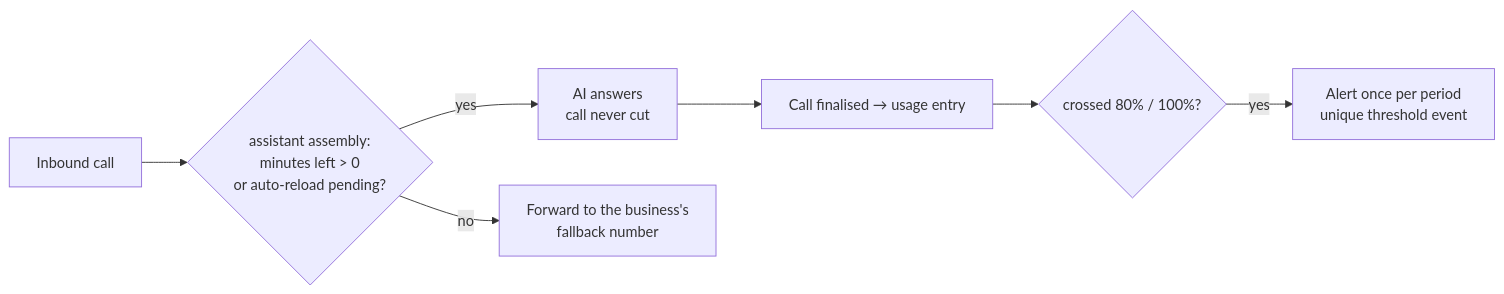
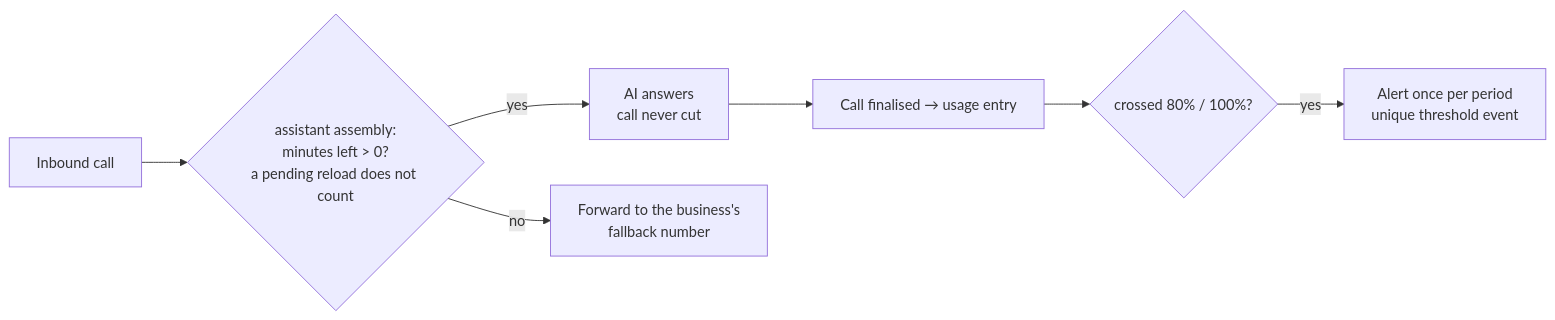
The eighth of 16 diagrams in docs/PAYMENTS_ARCHITECTURE.md (singhdhruv525-source/Zella-AI), drawn with Mermaid before and after one commit. The commit also changed other lines of this file and 1 other file, not shown here.

````diff
--- a/docs/PAYMENTS_ARCHITECTURE.md
+++ b/docs/PAYMENTS_ARCHITECTURE.md
@@ -287,9 +294,9 @@
 ```mermaid
 flowchart LR
-  in[Inbound call] --> a{assistant assembly:<br/>minutes left > 0<br/>or auto-reload pending?}
+  in[Inbound call] --> a{assistant assembly:<br/>minutes left > 0?<br/>a pending reload does not count}
   a -- yes --> ai[AI answers<br/>call never cut]
   a -- no --> fb[Forward to the business's<br/>fallback number]
   ai --> end1[Call finalised → usage entry]
   end1 --> th{crossed 80% / 100%?}
   th -- yes --> al[Alert once per period<br/>unique threshold event]
 ```
````
